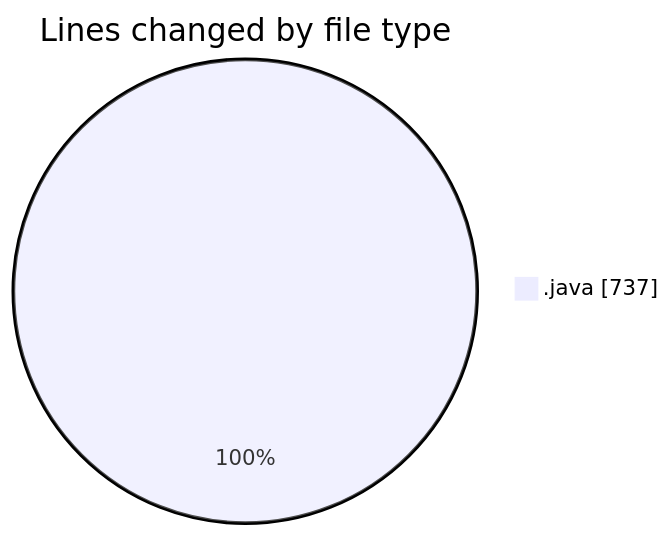
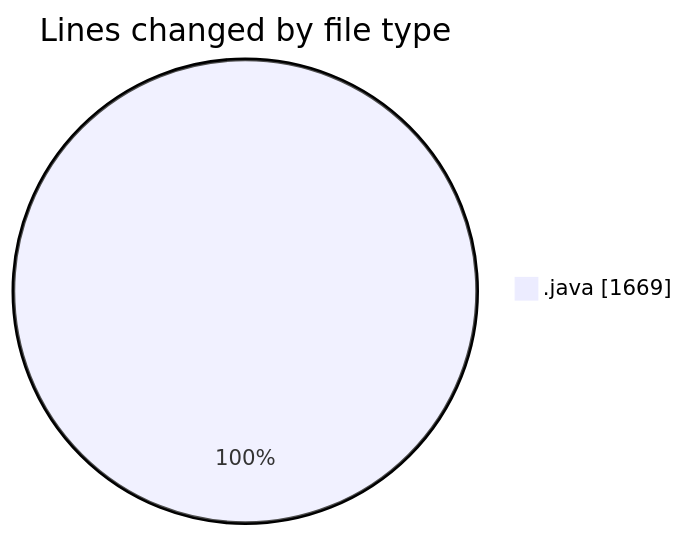
Before and after one commit to ricardozamudiocil/code-tracking: the first of 2 diagrams in 2026-09-30/cilreports__workspace_/README.md, drawn with Mermaid. The commit also changed other lines of this file and 1 other file, not shown here.

````diff
--- a/2026-09-30/cilreports__workspace_/README.md
+++ b/2026-09-30/cilreports__workspace_/README.md
@@ -21,5 +22,5 @@
 ```mermaid
 pie showData
 title Lines changed by file type
-".java" : 737
+".java" : 1669
 ```
````
